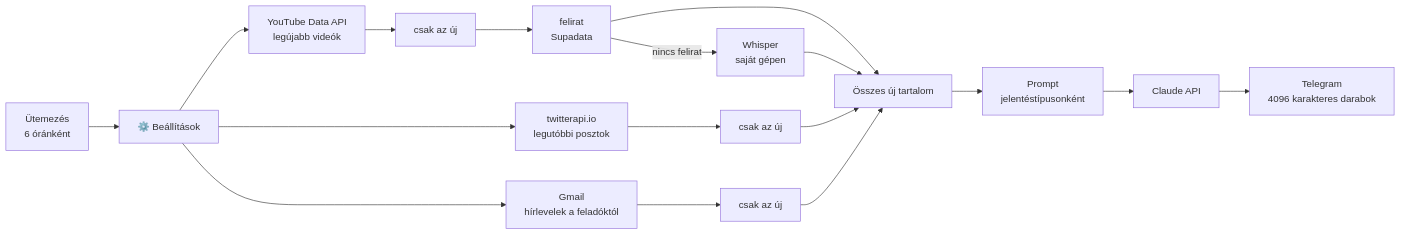
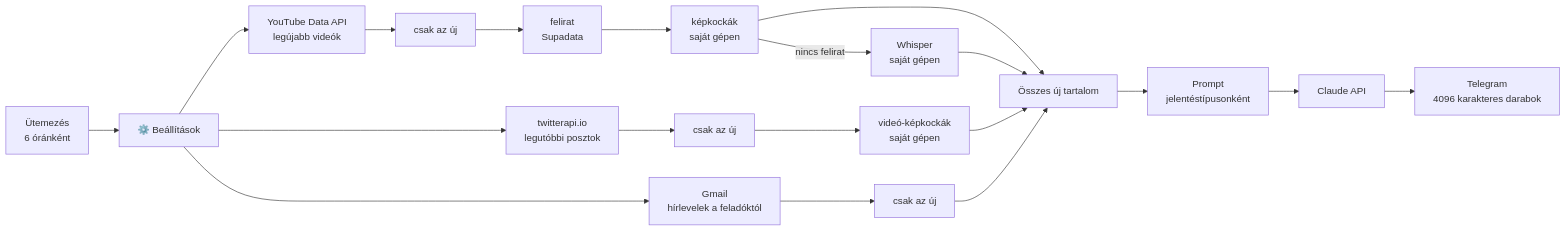
Before and after one commit to Jhanee01/n8n-content-digest: the diagram in README.hu.md, drawn with Mermaid. The commit also changed other lines of this file and 3 other files, not shown here.

````diff
--- a/README.hu.md
+++ b/README.hu.md
@@ -25,16 +26,16 @@
 ```mermaid
 flowchart LR
     T[Ütemezés<br/>6 óránként] --> C[⚙️ Beállítások]
     C --> YT[YouTube Data API<br/>legújabb videók]
     C --> X[twitterapi.io<br/>legutóbbi posztok]
     C --> M[Gmail<br/>hírlevelek a feladóktól]
-    YT --> D1[csak az új] --> S[felirat<br/>Supadata]
-    S -->|nincs felirat| W[Whisper<br/>saját gépen]
-    X --> D2[csak az új]
+    YT --> D1[csak az új] --> S[felirat<br/>Supadata] --> F1[képkockák<br/>saját gépen]
+    F1 -->|nincs felirat| W[Whisper<br/>saját gépen]
+    X --> D2[csak az új] --> F2[videó-képkockák<br/>saját gépen]
     M --> D3[csak az új]
-    S --> MG[Összes új tartalom]
+    F1 --> MG[Összes új tartalom]
     W --> MG
-    D2 --> MG
+    F2 --> MG
     D3 --> MG
     MG --> P[Prompt<br/>jelentéstípusonként] --> AI[Claude API] --> TG[Telegram<br/>4096 karakteres darabok]
 ```
````
